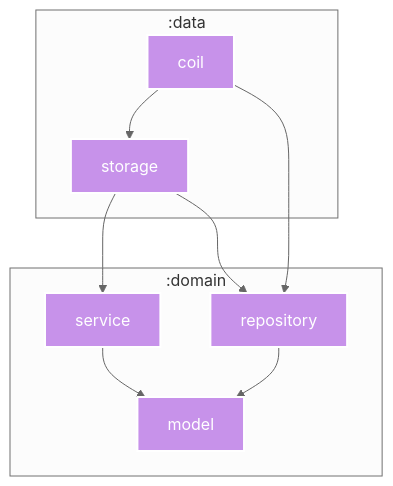
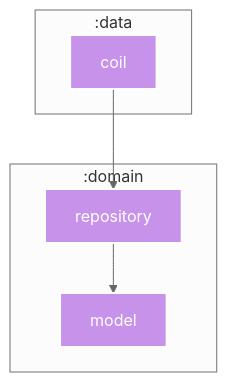
Before and after one commit to SorrowBlue/ComicViewer: the diagram in data/coil/README.md, drawn with Mermaid. The commit also changed 19 other files, not shown here.

First line of the commit message:
refactor: Decouple data:coil from data:storage via BookFileReader port (#1420)

````diff
--- a/data/coil/README.md
+++ b/data/coil/README.md
@@ -5,37 +5,25 @@
 ```mermaid
 %%{
   init: {
     'theme': 'neutral'
   }
 }%%
 
 graph TB
   subgraph :data
-    :data:storage["storage"]
     :data:coil["coil"]
-    :data:storage["storage"]
   end
   subgraph :domain
     :domain:repository["repository"]
-    :domain:service["service"]
-    :domain:service["service"]
     :domain:model["model"]
-    :domain:repository["repository"]
-    :domain:repository["repository"]
   end
 
-  :data:storage --> :domain:repository
-  :data:storage --> :domain:service
-  :domain:service --> :domain:model
   :data:coil --> :domain:repository
-  :data:coil --> :data:storage
   :domain:repository --> :domain:model
 
 classDef kotlin-multiplatform fill:#C792EA,stroke:#fff,stroke-width:2px,color:#fff;
-class :data:storage kotlin-multiplatform
 class :domain:repository kotlin-multiplatform
-class :domain:service kotlin-multiplatform
 class :domain:model kotlin-multiplatform
 class :data:coil kotlin-multiplatform
 
 ```
````
